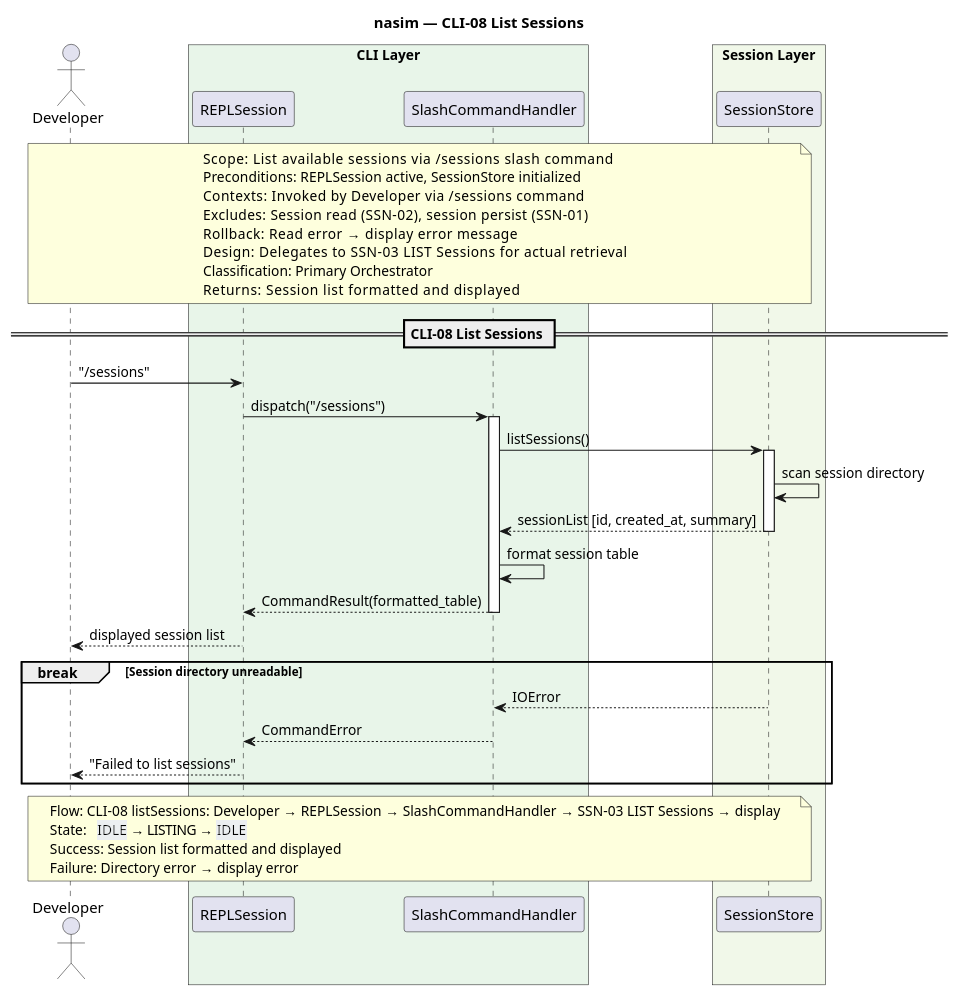
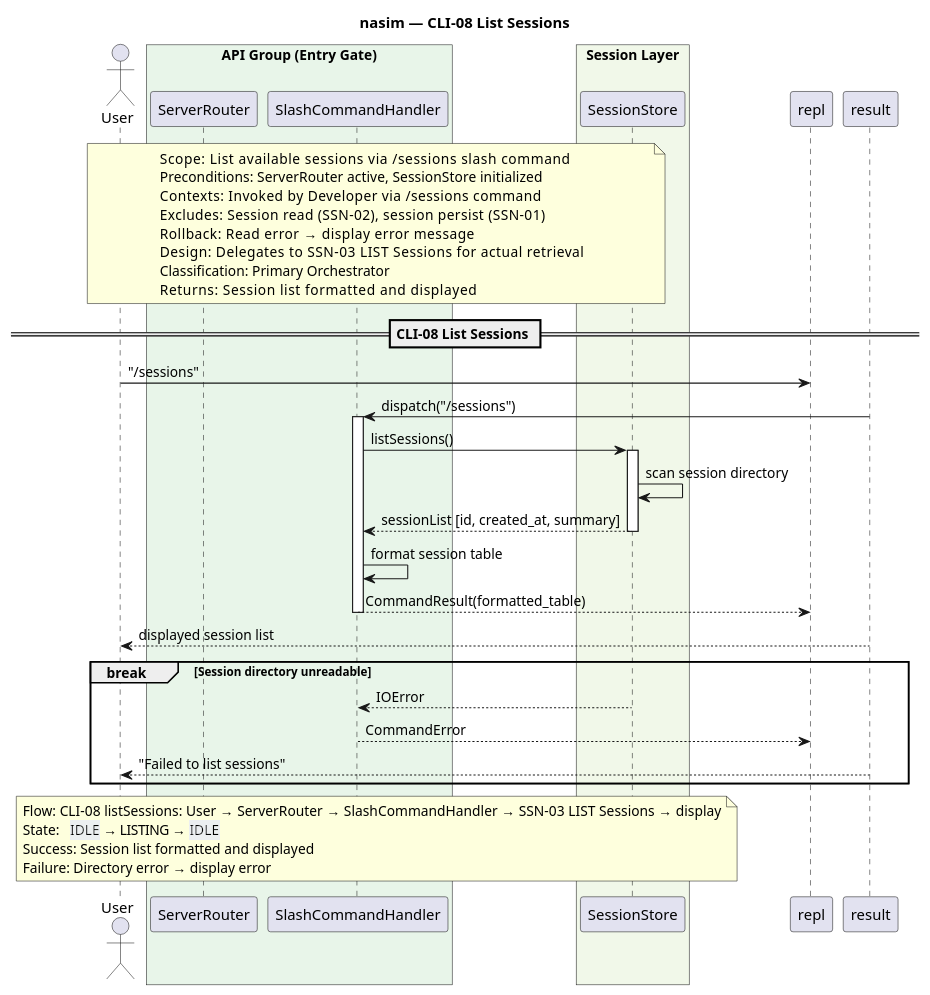
Before and after one commit to salimnamvar/nasim: the diagram in docs/SQ/CLI/sq_cli08_list_sessions.puml, drawn with PlantUML. The commit also changed 163 other files, not shown here.

First line of the commit message:
docs: Refactor UC diagrams and documentation for API-First transformation

```diff
--- a/docs/SQ/CLI/sq_cli08_list_sessions.puml
+++ b/docs/SQ/CLI/sq_cli08_list_sessions.puml
@@ -1,68 +1,68 @@
 @startuml sq_cli08_list_sessions
 ' ============================================================
 ' Title:     CLI-08 — List Sessions
 ' Boundary:  nasim code agent CLI
 ' Purpose:   List sessions via slash command
 ' Milestone: v1.0
-' Version:   1.0.0
-' Source:    docs/UC/README.md
+' Version:   7.0.0
+' Source:    CAR refinement loop — API-First transformation
 ' Review:    docs/SQ/README.md
 ' ============================================================
 
 title nasim — CLI-08 List Sessions
 
-actor "Developer" as user
+actor "User" as user
 
-box "CLI Layer" #E8F5E9
-  participant "REPLSession" as repl
+box "API Group (Entry Gate)" #E8F5E9
+  participant "ServerRouter" as router
   participant "SlashCommandHandler" as cmd
 end box
 box "Session Layer" #F1F8E9
   participant "SessionStore" as ssn
 end box
 
 note over user, ssn
   Scope:          List available sessions via /sessions slash command
-  Preconditions:  REPLSession active, SessionStore initialized
+  Preconditions:  ServerRouter active, SessionStore initialized
   Contexts:       Invoked by Developer via /sessions command
   Excludes:       Session read (SSN-02), session persist (SSN-01)
   Rollback:       Read error → display error message
   Design:         Delegates to SSN-03 LIST Sessions for actual retrieval
   Classification: Primary Orchestrator
   Returns:        Session list formatted and displayed
 end note
 
 == CLI-08 List Sessions ==
 
 user -> repl : "/sessions"
-repl -> cmd : dispatch("/sessions")
+result -> cmd : dispatch("/sessions")
 activate cmd
 
 cmd -> ssn : listSessions()
 activate ssn
 
 ssn -> ssn : scan session directory
 ssn --> cmd : sessionList [id, created_at, summary]
 deactivate ssn
 
 cmd -> cmd : format session table
 
 cmd --> repl : CommandResult(formatted_table)
 deactivate cmd
 
-repl --> user : displayed session list
+result --> user : displayed session list
 
 break Session directory unreadable
     ssn --> cmd : IOError
     cmd --> repl : CommandError
-    repl --> user : "Failed to list sessions"
+    result --> user : "Failed to list sessions"
 end
 
 note over user, ssn
-  Flow:    CLI-08 listSessions: Developer → REPLSession → SlashCommandHandler → SSN-03 LIST Sessions → display
+  Flow:    CLI-08 listSessions: User → ServerRouter → SlashCommandHandler → SSN-03 LIST Sessions → display
   State:   <back:#ECEFF1>IDLE</back> → LISTING → <back:#ECEFF1>IDLE</back>
   Success: Session list formatted and displayed
   Failure: Directory error → display error
 end note
 
 @enduml
```
